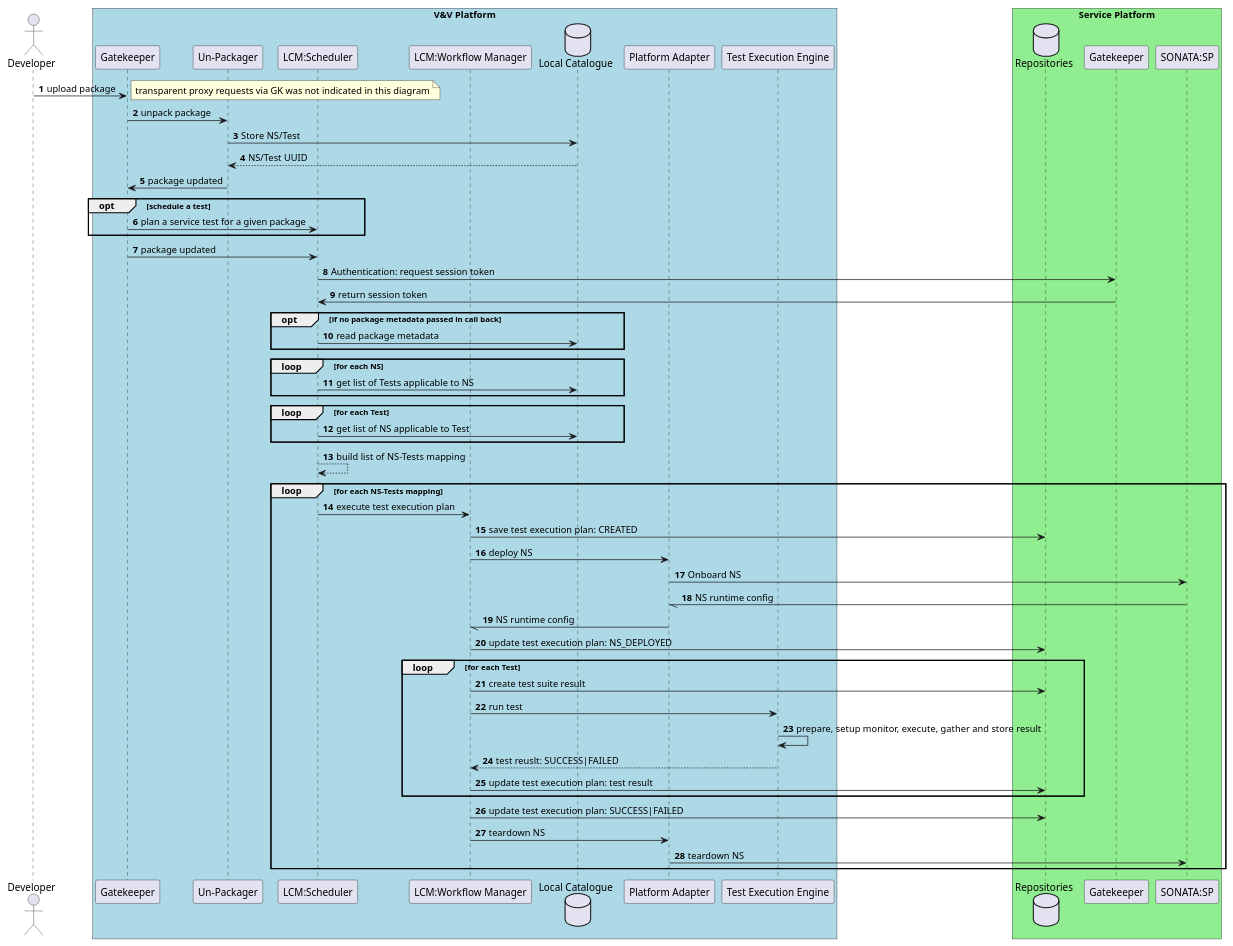
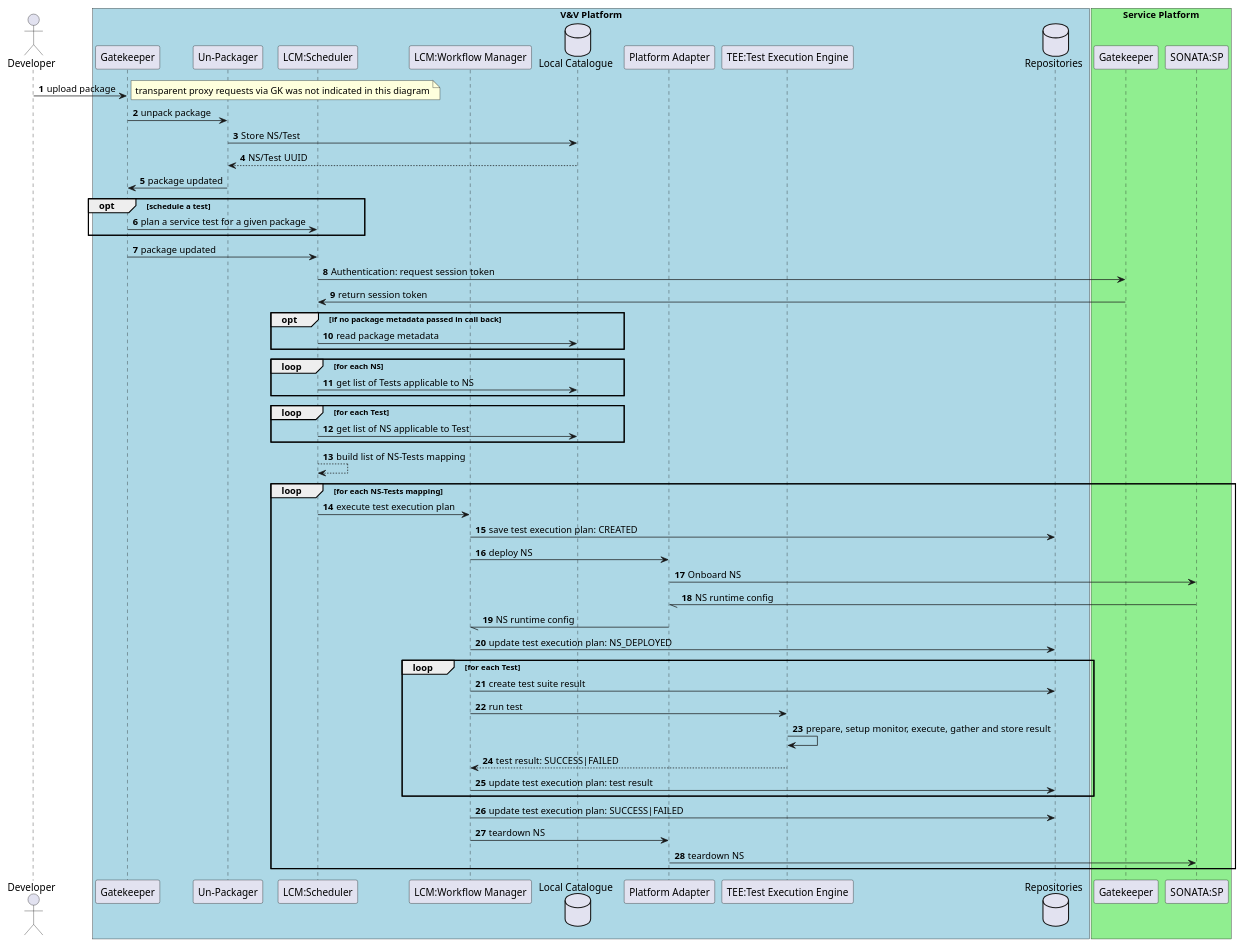
The diagram in src/docs/developer-guide/extensions/overview/vnv_workflow_sequence_future.adoc (sonata-nfv/tng-vnv-lcm), drawn with PlantUML before and after one commit. The commit also changed 1 other file, not shown here.

Commit message:
Reflect current codebase in sequence diagram for V&V

```diff
--- a/src/docs/developer-guide/extensions/overview/vnv_workflow_sequence_future.adoc
+++ b/src/docs/developer-guide/extensions/overview/vnv_workflow_sequence_future.adoc
@@ -3,79 +3,79 @@
 [plantuml,tng-vnv-lcm]
 ----
 
 
 
 @startuml
 autonumber
 
 actor "Developer" as SDKDev
 
 
 box "V&V Platform" #LightBlue
     participant "Gatekeeper" as GK
     participant "Un-Packager" as PKG
     participant "LCM:Scheduler" as Scheduler
     participant "LCM:Workflow Manager" as WFE
 '     database "Local Catalogue" as LoCat
 '     todo we need to add the flows around the LoCat above
     database "Local Catalogue" as CAT
     participant "Platform Adapter" as PA
-    participant "Test Execution Engine" as TEE
+    participant "TEE:Test Execution Engine" as TEE
+    database "Repositories" as TRR
 end box
 
 box "Service Platform" #LightGreen
-database "Repositories" as TRR
     participant "Gatekeeper" as GKofSP
     participant "SONATA:SP" as TPM
 end box
 
 SDKDev -> GK : upload package
 note right : transparent proxy requests via GK was not indicated in this diagram
 GK -> PKG : unpack package
 PKG -> CAT : Store NS/Test
 CAT --> PKG : NS/Test UUID
 PKG -> GK : package updated
 
 'stepp 6  future
 opt schedule a test
     GK -> Scheduler : plan a service test for a given package
 end
 GK -> Scheduler : package updated
 Scheduler -> GKofSP : Authentication: request session token
 GKofSP -> Scheduler : return session token
 opt if no package metadata passed in call back
     Scheduler -> CAT : read package metadata
 end
 loop for each NS
       Scheduler -> CAT : get list of Tests applicable to NS
 end
 loop for each Test
       Scheduler -> CAT : get list of NS applicable to Test
 end
 Scheduler --> Scheduler : build list of NS-Tests mapping
 
 
 loop for each NS-Tests mapping
         Scheduler -> WFE : execute test execution plan
         WFE -> TRR : save test execution plan: CREATED
         WFE -> PA : deploy NS
         PA -> TPM : Onboard NS
         PA \\- TPM : NS runtime config
         WFE \\- PA : NS runtime config
         WFE -> TRR : update test execution plan: NS_DEPLOYED
         loop for each Test
               WFE -> TRR : create test suite result
               WFE -> TEE : run test
               TEE -> TEE : prepare, setup monitor, execute, gather and store result
-              TEE --> WFE : test reuslt: SUCCESS|FAILED
+              TEE --> WFE : test result: SUCCESS|FAILED
               WFE -> TRR : update test execution plan: test result
         end
         WFE -> TRR : update test execution plan: SUCCESS|FAILED
         WFE -> PA : teardown NS
         PA -> TPM : teardown NS
 end
 
 @enduml
 
 
 ----
```
